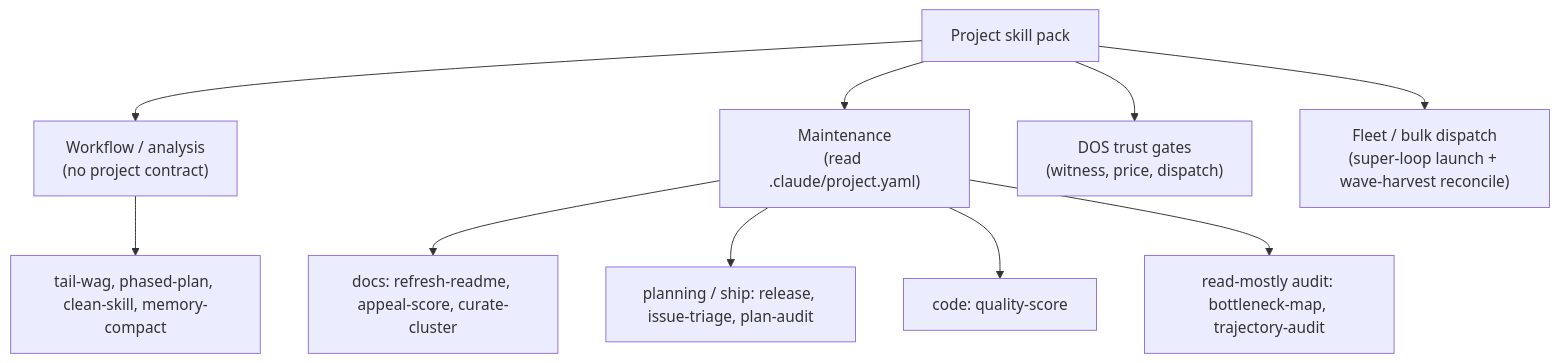
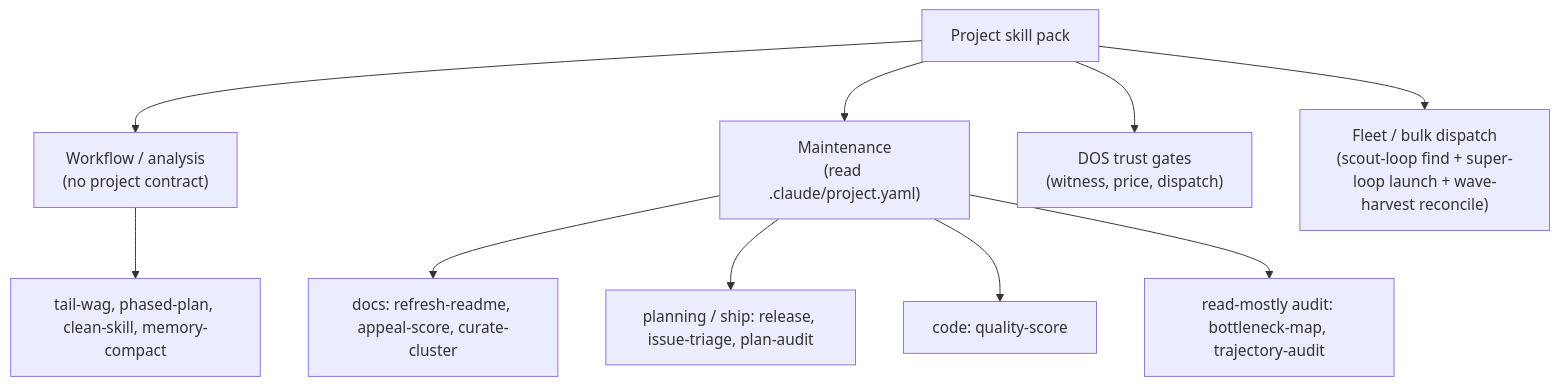
The diagram in .claude/skills/README.md (anthony-chaudhary/fak), drawn with Mermaid before and after one commit. The commit also changed other lines of this file, not shown here.

First line of the commit message:
docs(skills): index scout-loop, question-loop, study-repo in skills README (fak claude)

````diff
--- a/.claude/skills/README.md
+++ b/.claude/skills/README.md
@@ -10,12 +10,12 @@
 ```mermaid
 flowchart TD
   Pack["Project skill pack"] --> WF["Workflow / analysis<br/>(no project contract)"]
   Pack --> MN["Maintenance<br/>(read .claude/project.yaml)"]
   WF --> Analysis["tail-wag, phased-plan, clean-skill, memory-compact"]
   MN --> Doc["docs: refresh-readme, appeal-score, curate-cluster"]
   MN --> Plan["planning / ship: release, issue-triage, plan-audit"]
   MN --> Quality["code: quality-score"]
   MN --> Audit["read-mostly audit: bottleneck-map, trajectory-audit"]
   Pack --> DOS["DOS trust gates<br/>(witness, price, dispatch)"]
-  Pack --> Fleet["Fleet / bulk dispatch<br/>(super-loop launch + wave-harvest reconcile)"]
+  Pack --> Fleet["Fleet / bulk dispatch<br/>(scout-loop find + super-loop launch + wave-harvest reconcile)"]
 ```
````
